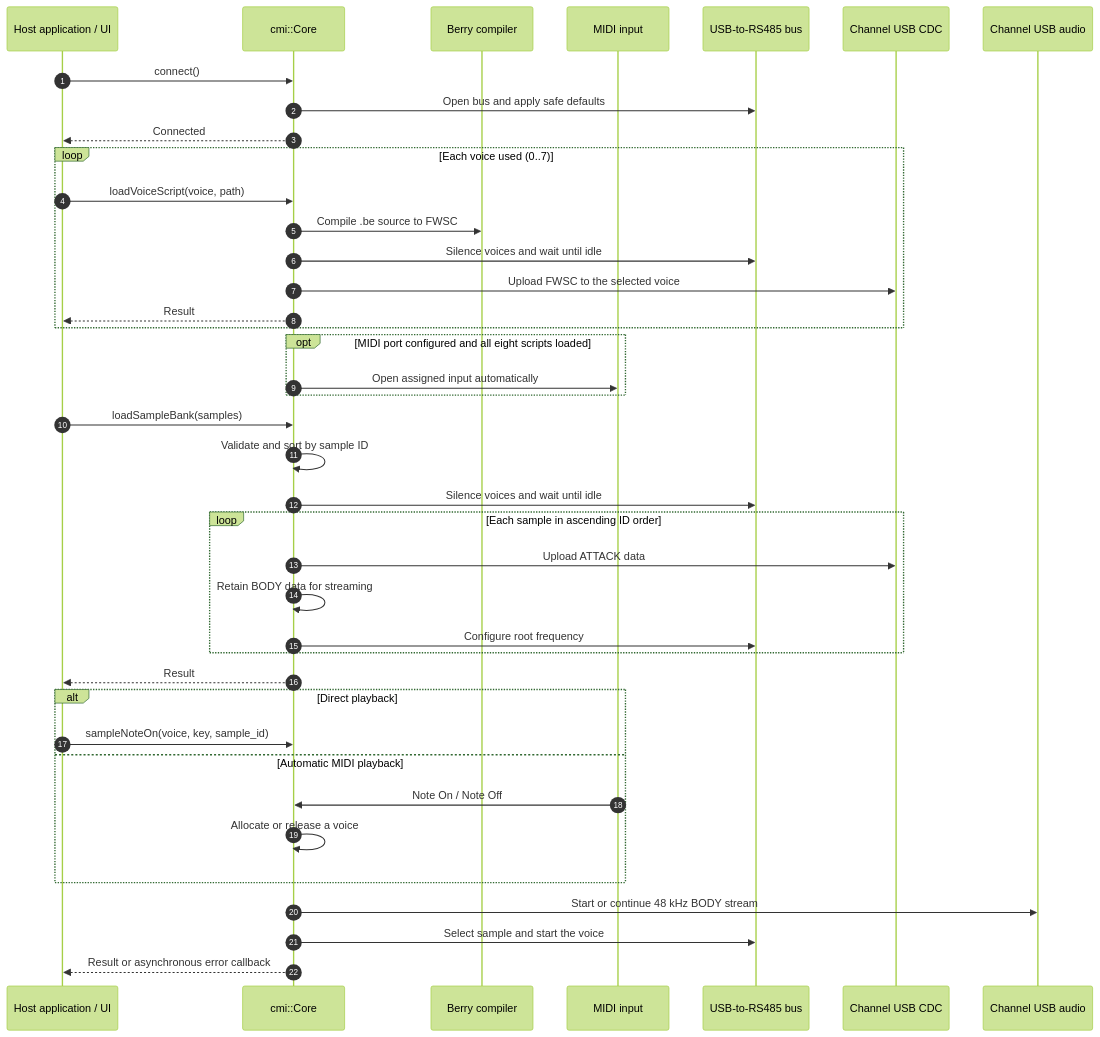
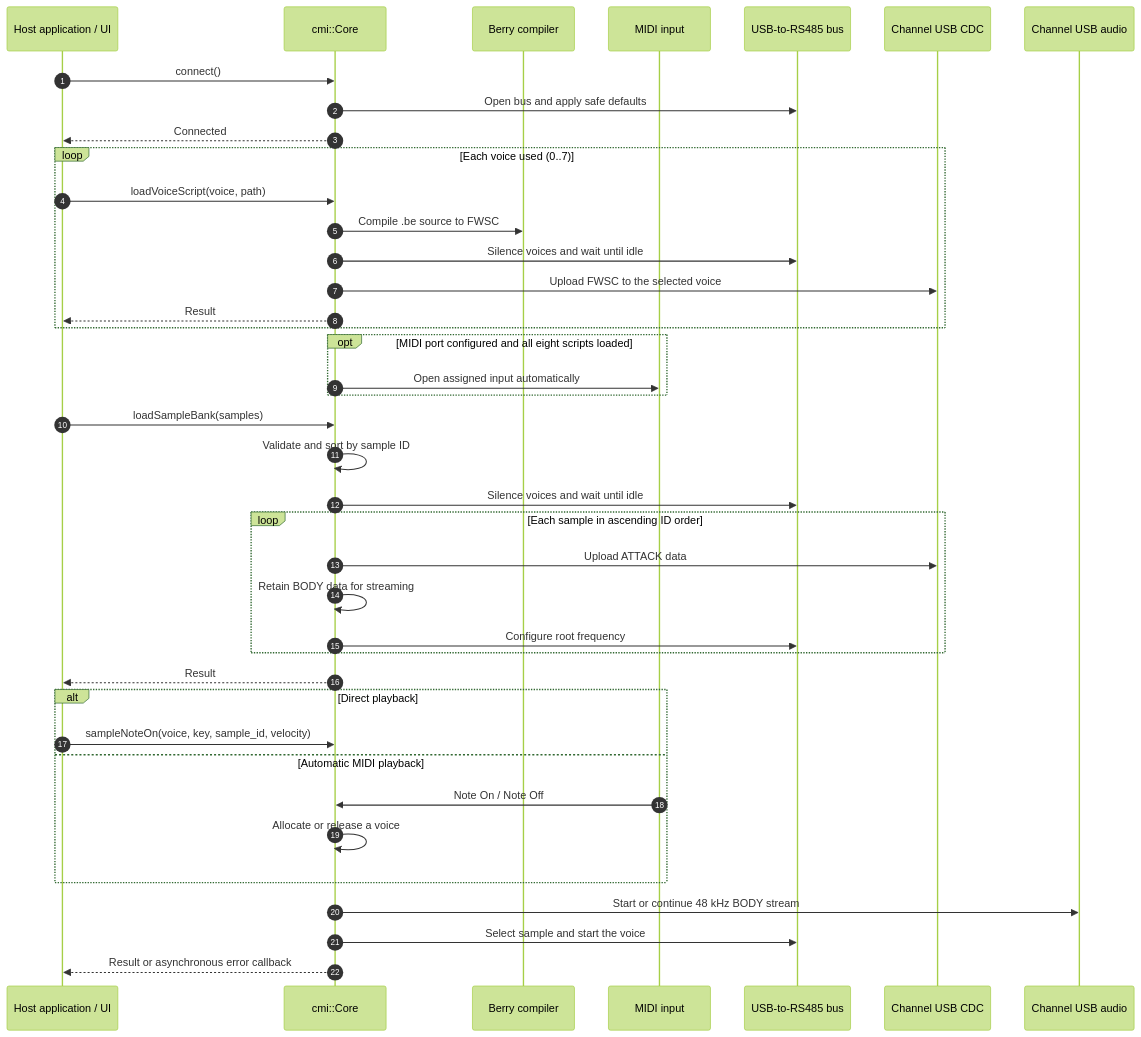
The second of 2 diagrams in cmi_core/README.md (narendrabhatt-freshwater/firmware), drawn with Mermaid (forest theme) before and after one commit. The commit also changed other lines of this file and 62 other files, not shown here.

````diff
--- a/cmi_core/README.md
+++ b/cmi_core/README.md
@@ -56,46 +56,46 @@
 ```mermaid
 sequenceDiagram
     autonumber
     participant App as Host application / UI
     participant Core as cmi::Core
     participant Compiler as Berry compiler
     participant MIDI as MIDI input
     participant RS485 as USB-to-RS485 bus
     participant CDC as Channel USB CDC
     participant Audio as Channel USB audio
 
     App->>Core: connect()
     Core->>RS485: Open bus and apply safe defaults
     Core-->>App: Connected
 
     loop Each voice used (0..7)
         App->>Core: loadVoiceScript(voice, path)
         Core->>Compiler: Compile .be source to FWSC
         Core->>RS485: Silence voices and wait until idle
         Core->>CDC: Upload FWSC to the selected voice
         Core-->>App: Result
     end
 
     opt MIDI port configured and all eight scripts loaded
         Core->>MIDI: Open assigned input automatically
     end
 
     App->>Core: loadSampleBank(samples)
     Core->>Core: Validate and sort by sample ID
     Core->>RS485: Silence voices and wait until idle
     loop Each sample in ascending ID order
         Core->>CDC: Upload ATTACK data
         Core->>Core: Retain BODY data for streaming
         Core->>RS485: Configure root frequency
     end
     Core-->>App: Result
     alt Direct playback
-        App->>Core: sampleNoteOn(voice, key, sample_id)
+        App->>Core: sampleNoteOn(voice, key, sample_id, velocity)
     else Automatic MIDI playback
         MIDI->>Core: Note On / Note Off
         Core->>Core: Allocate or release a voice
     end
     Core->>Audio: Start or continue 48 kHz BODY stream
     Core->>RS485: Select sample and start the voice
     Core-->>App: Result or asynchronous error callback
 ```
````
